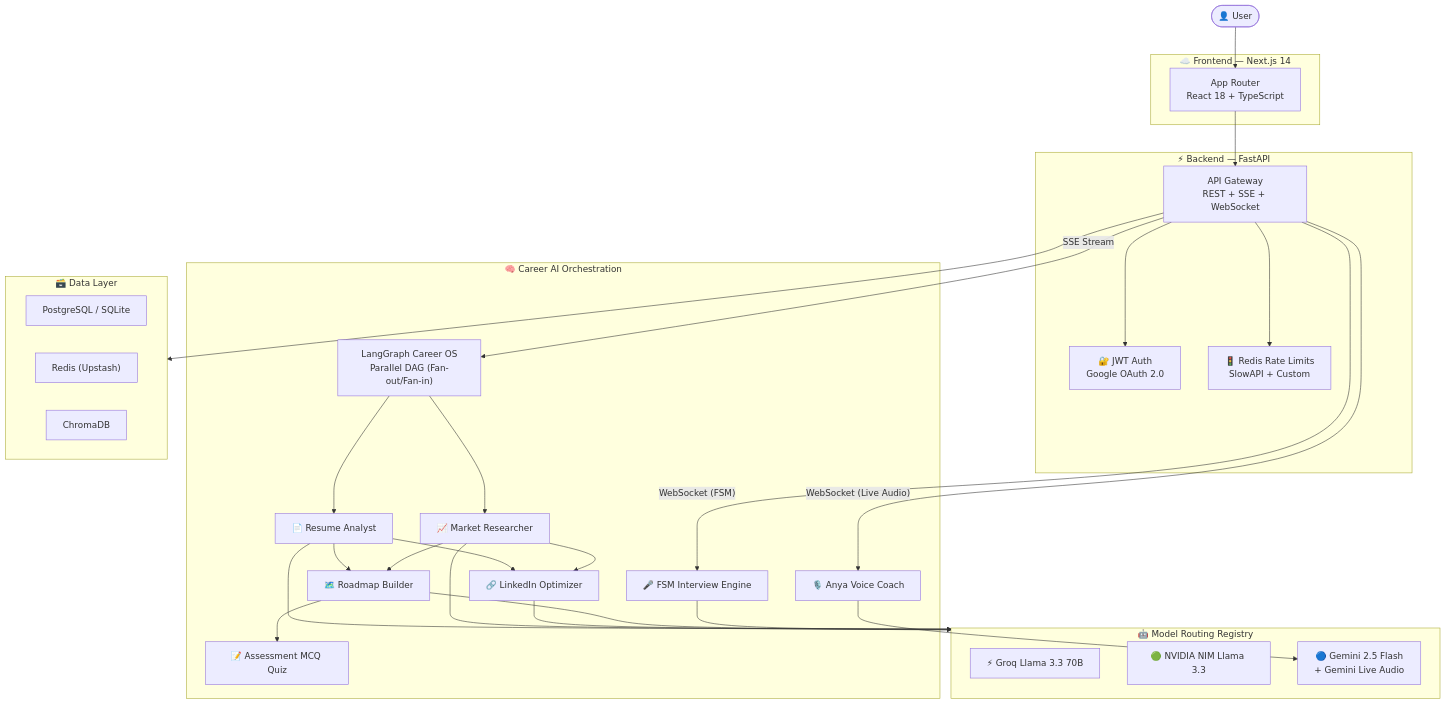
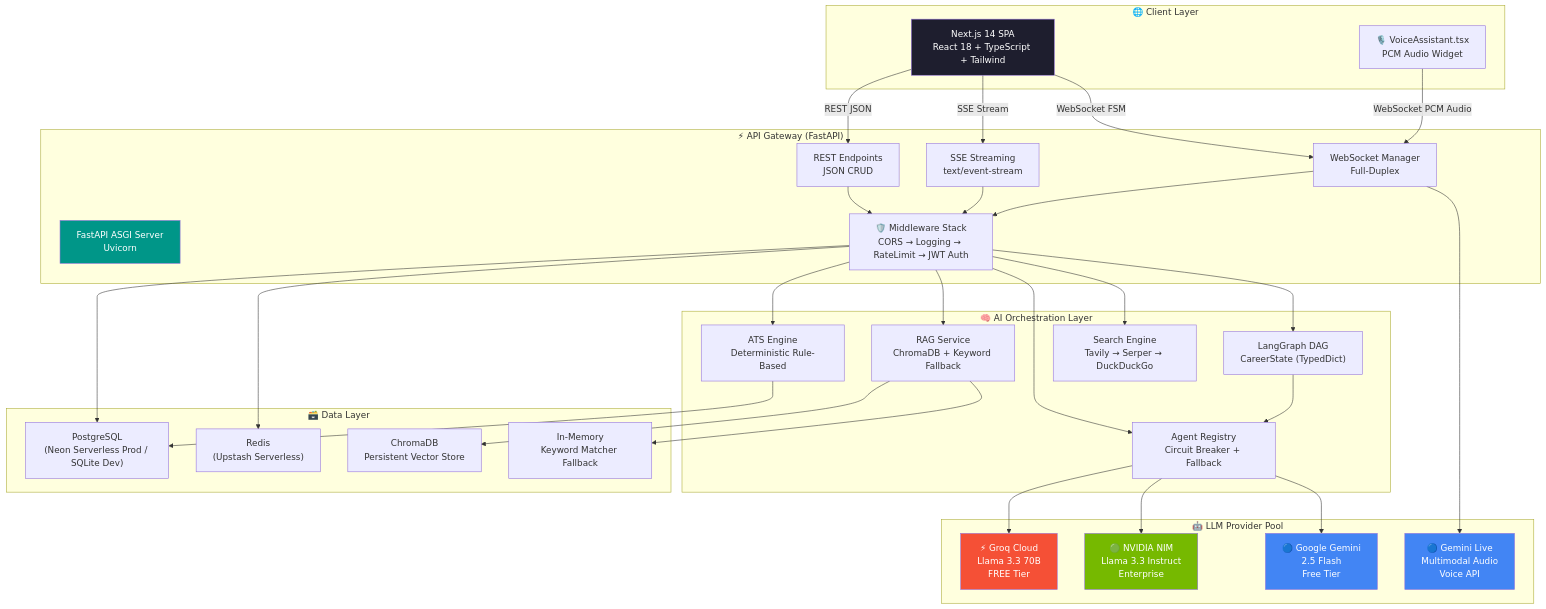
Before and after one commit to Anil-Pradhan-web/ai-career-mentor: the first of 21 diagrams in README.md, drawn with Mermaid. The commit also changed other lines of this file and 3 other files, not shown here.

Commit message:
docs: upgrade README, ARCHITECTURE, SYSTEM, API docs to professional high-level design with emojis, diagrams, and detailed explanations

````diff
--- a/README.md
+++ b/README.md
@@ -109,53 +133,60 @@
 ```mermaid
-flowchart TD
-    User(["👤 User"])
-
-    subgraph Frontend ["☁️ Frontend — Next.js 14"]
-        NextJS["App Router\nReact 18 + TypeScript"]
+graph TB
+    subgraph "🌐 Client Layer"
+        UI["Next.js 14 SPA<br/>React 18 + TypeScript + Tailwind"]
+        VC["🎙️ VoiceAssistant.tsx<br/>PCM Audio Widget"]
     end
 
-    subgraph Backend ["⚡ Backend — FastAPI"]
-        API["API Gateway\nREST + SSE + WebSocket"]
-        Auth["🔐 JWT Auth\nGoogle OAuth 2.0"]
-        RateLimit["🚦 Redis Rate Limits\nSlowAPI + Custom"]
+    subgraph "⚡ API Gateway (FastAPI)"
+        GATEWAY["FastAPI ASGI Server<br/>Uvicorn"]
+        API["REST Endpoints<br/>JSON CRUD"]
+        SSE["SSE Streaming<br/>text/event-stream"]
+        WS["WebSocket Manager<br/>Full-Duplex"]
+        MID["🛡️ Middleware Stack<br/>CORS → Logging → RateLimit → JWT Auth"]
     end
 
-    subgraph Orchestration ["🧠 Career AI Orchestration"]
-        Graph["LangGraph Career OS\nParallel DAG (Fan-out/Fan-in)"]
-        Resume["📄 Resume Analyst"]
-        Market["📈 Market Researcher"]
-        LinkedIn["🔗 LinkedIn Optimizer"]
-        Roadmap["🗺️ Roadmap Builder"]
-        Quiz["📝 Assessment MCQ Quiz"]
-        Interview["🎤 FSM Interview Engine"]
-        VoiceCoach["🎙️ Anya Voice Coach"]
+    subgraph "🧠 AI Orchestration Layer"
+        LANG["LangGraph DAG<br/>CareerState (TypedDict)"]
+        REG["Agent Registry<br/>Circuit Breaker + Fallback"]
+        ATS["ATS Engine<br/>Deterministic Rule-Based"]
+        RAG["RAG Service<br/>ChromaDB + Keyword Fallback"]
+        SE["Search Engine<br/>Tavily → Serper → DuckDuckGo"]
     end
 
-    subgraph Providers ["🤖 Model Routing Registry"]
-        Groq["⚡ Groq Llama 3.3 70B"]
-        NVIDIA["🟢 NVIDIA NIM Llama 3.3"]
-        Gemini["🔵 Gemini 2.5 Flash\n+ Gemini Live Audio"]
+    subgraph "🤖 LLM Provider Pool"
+        GROQ["⚡ Groq Cloud<br/>Llama 3.3 70B<br/>FREE Tier"]
+        NVD["🟢 NVIDIA NIM<br/>Llama 3.3 Instruct<br/>Enterprise"]
+        GEM["🔵 Google Gemini<br/>2.5 Flash<br/>Free Tier"]
+        GML["🔵 Gemini Live<br/>Multimodal Audio<br/>Voice API"]
     end
 
-    subgraph Storage ["🗃️ Data Layer"]
-        PG["PostgreSQL / SQLite"]
-        Redis["Redis (Upstash)"]
-        Chroma["ChromaDB"]
+    subgraph "🗃️ Data Layer"
+        PG["PostgreSQL<br/>(Neon Serverless Prod / SQLite Dev)"]
+        RD["Redis<br/>(Upstash Serverless)"]
+        CD["ChromaDB<br/>Persistent Vector Store"]
+        MEM["In-Memory<br/>Keyword Matcher Fallback"]
     end
 
-    User --> NextJS
-    NextJS --> API
-    API --> Auth & RateLimit
-    API -->|"SSE Stream"| Graph
-    API -->|"WebSocket (Live Audio)"| VoiceCoach
-    API -->|"WebSocket (FSM)"| Interview
-
-    Graph --> Resume & Market
-    Resume & Market --> LinkedIn & Roadmap
-    Roadmap --> Quiz
+    UI -->|"REST JSON"| API
+    UI -->|"SSE Stream"| SSE
+    UI -->|"WebSocket FSM"| WS
+    VC -->|"WebSocket PCM Audio"| WS
     
-    Resume & Market & LinkedIn & Roadmap & Interview --> Providers
-    VoiceCoach --> Gemini
-
-    API --> Storage
+    API & SSE & WS --> MID
+    MID --> LANG & REG & ATS & RAG & SE
+    
+    LANG --> REG
+    REG --> GROQ & NVD & GEM
+    WS --> GML
+    
+    MID --> PG & RD
+    RAG --> CD & MEM
+    ATS --> PG
+    
+    style UI fill:#1e1e2e,color:#fff
+    style GATEWAY fill:#009688,color:#fff
+    style GROQ fill:#F55036,color:#fff
+    style NVD fill:#76B900,color:#fff
+    style GEM fill:#4285F4,color:#fff
+    style GML fill:#4285F4,color:#fff
 ```
````
